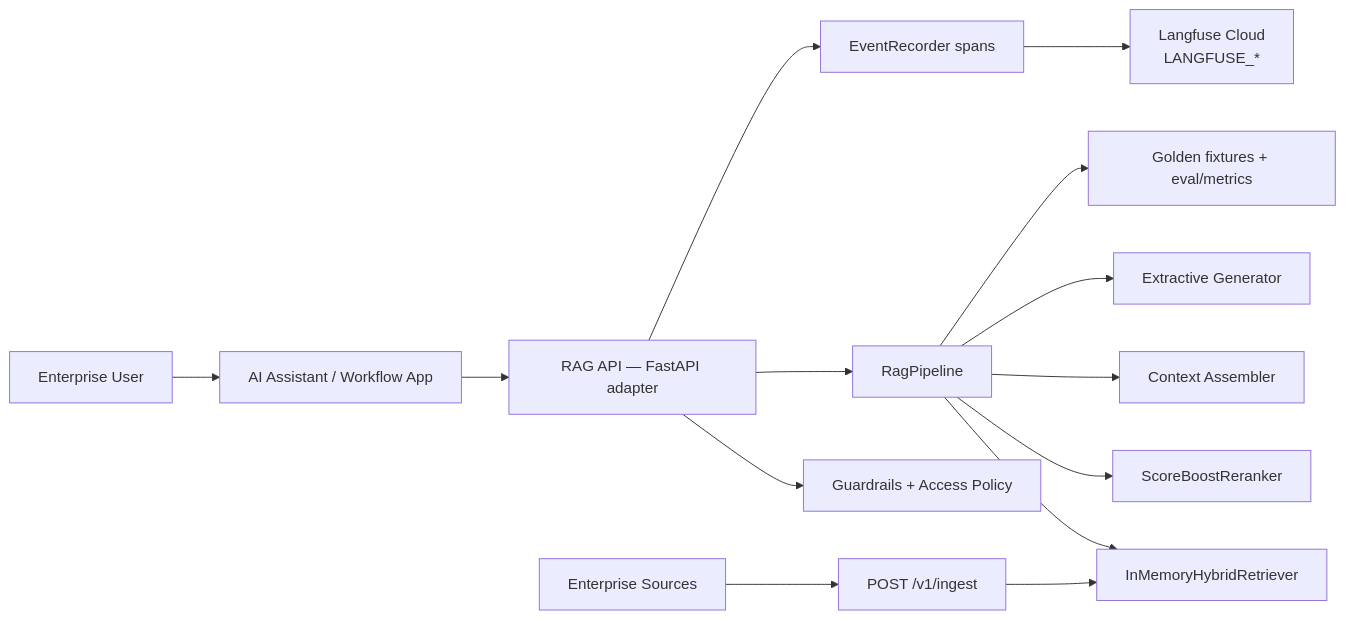
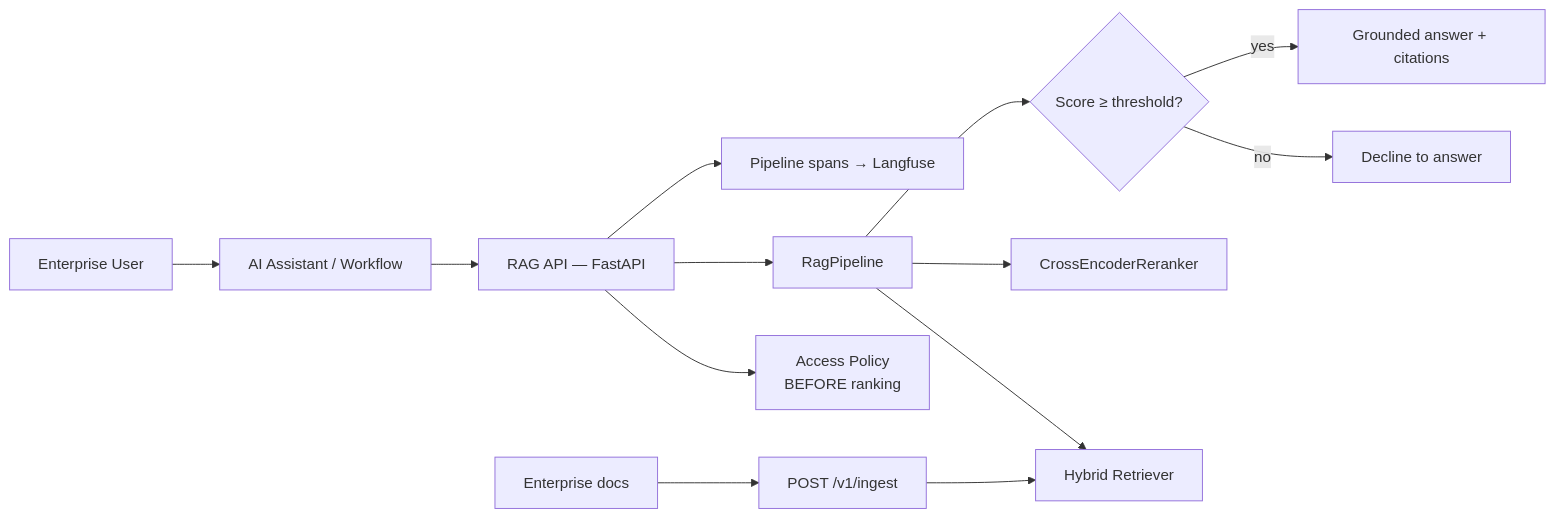
The first of 4 diagrams in README.md (vpeetla-ai/enterprise_rag_platform), drawn with Mermaid before and after one commit. The commit also changed other lines of this file and 1 other file, not shown here.

Commit message:
LinkedIn launch Phases 0-2: plan tracker, readiness audit, canonical diagrams, README standardization.

````diff
--- a/README.md
+++ b/README.md
@@ -60,16 +63,15 @@
 ```mermaid
 flowchart LR
-  User["Enterprise User"] --> App["AI Assistant / Workflow App"]
-  App --> Gateway["RAG API — FastAPI adapter"]
-  Gateway --> Policy["Guardrails + Access Policy"]
+  User["Enterprise User"] --> App["AI Assistant / Workflow"]
+  App --> Gateway["RAG API — FastAPI"]
+  Gateway --> Policy["Access Policy<br/>BEFORE ranking"]
   Gateway --> Orchestrator["RagPipeline"]
-  Orchestrator --> Retrieval["InMemoryHybridRetriever"]
-  Orchestrator --> Rerank["ScoreBoostReranker"]
-  Orchestrator --> Context["Context Assembler"]
-  Orchestrator --> Gen["Extractive Generator"]
-  Sources["Enterprise Sources"] --> Ingestion["POST /v1/ingest"]
+  Orchestrator --> Retrieval["Hybrid Retriever"]
+  Orchestrator --> Rerank["CrossEncoderReranker"]
+  Orchestrator --> Decline{"Score ≥ threshold?"}
+  Decline -->|no| Refuse["Decline to answer"]
+  Decline -->|yes| Gen["Grounded answer + citations"]
+  Sources["Enterprise docs"] --> Ingestion["POST /v1/ingest"]
   Ingestion --> Retrieval
-  Gateway --> Obs["EventRecorder spans"]
-  Orchestrator --> Eval["Golden fixtures + eval/metrics"]
-  Obs --> LF["Langfuse Cloud<br/>LANGFUSE_*"]
+  Gateway --> Obs["Pipeline spans → Langfuse"]
 ```
````
